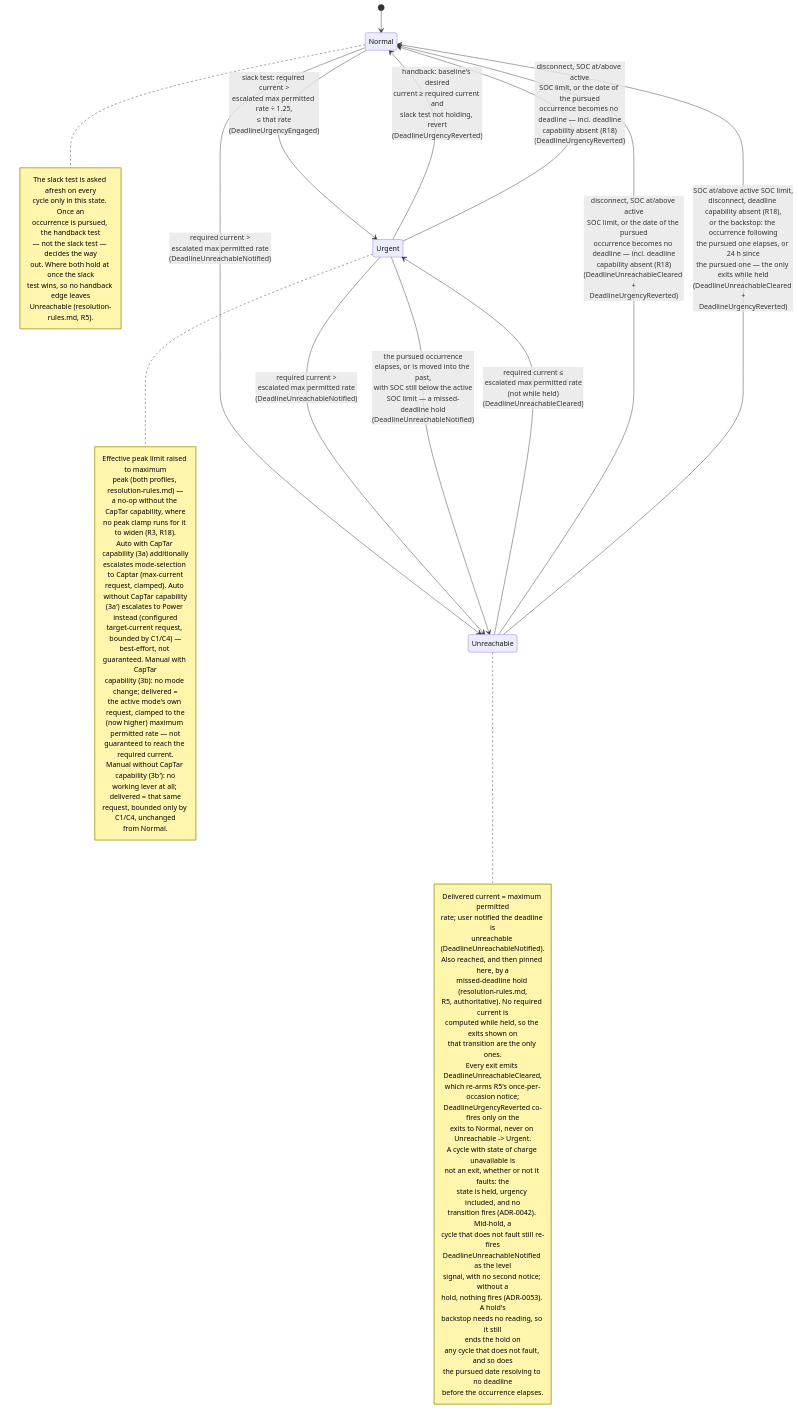
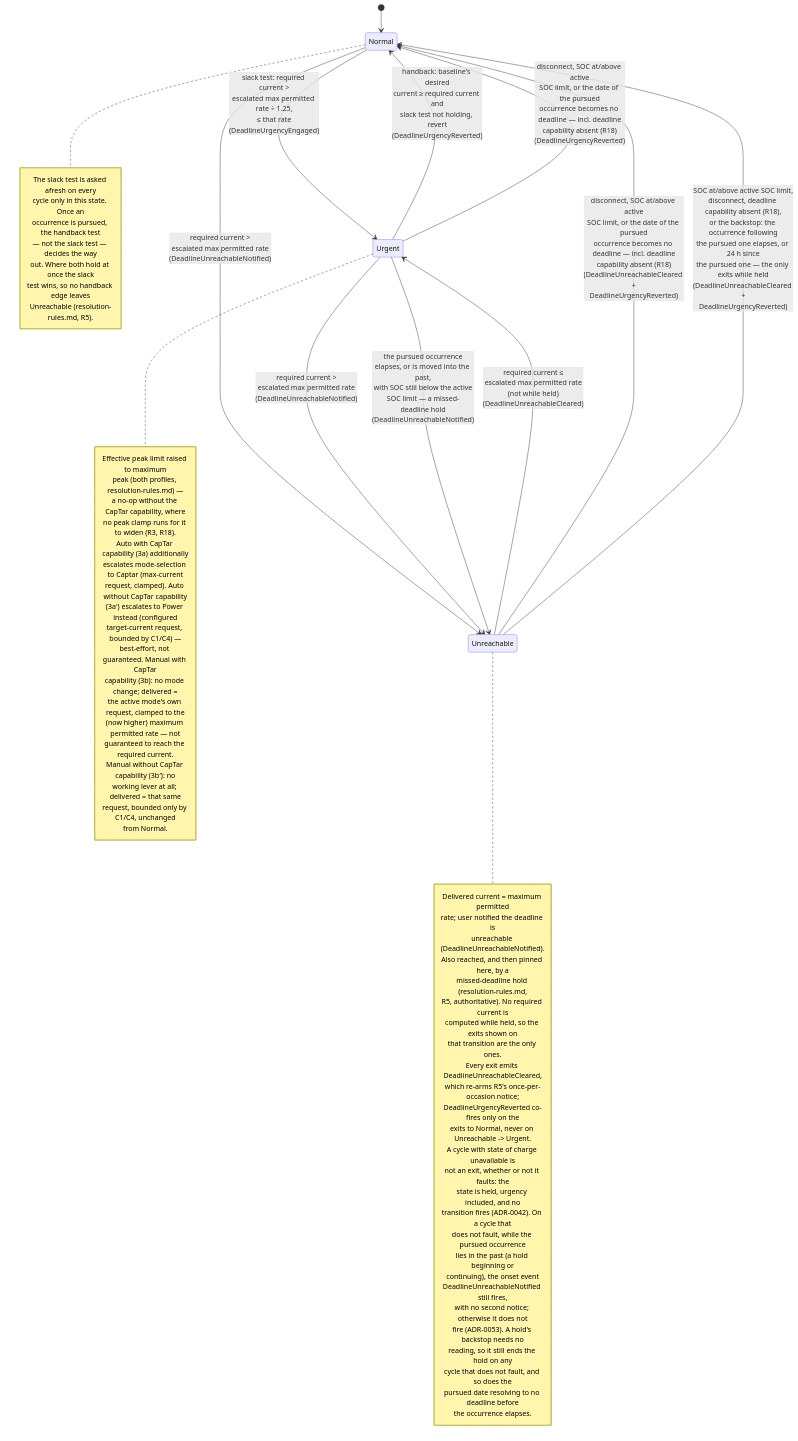
The diagram in docs/analysis/use-cases/UC05-guarantee-ready-by-departure.md (kristofdegrave/homeassistant-smart-charging), drawn with Mermaid before and after one commit. The commit also changed other lines of this file, not shown here.

Commit message:
docs: address review remarks (#1480)
Key the no-reading re-fire to the pursued occurrence lying in the past, as
ADR-0053 does; use the glossary's onset-event wording; re-wrap the note.

````diff
--- a/docs/analysis/use-cases/UC05-guarantee-ready-by-departure.md
+++ b/docs/analysis/use-cases/UC05-guarantee-ready-by-departure.md
@@ -118,69 +118,70 @@
 ```mermaid
 stateDiagram-v2
     [*] --> Normal
     Normal --> Urgent: slack test: required current ><br/>escalated max permitted rate ÷ 1.25,<br/>≤ that rate<br/>(DeadlineUrgencyEngaged)
     Normal --> Unreachable: required current ><br/>escalated max permitted rate<br/>(DeadlineUnreachableNotified)
     Urgent --> Normal: handback: baseline's desired<br/>current ≥ required current and<br/>slack test not holding, revert<br/>(DeadlineUrgencyReverted)
     Urgent --> Unreachable: required current ><br/>escalated max permitted rate<br/>(DeadlineUnreachableNotified)
     Urgent --> Unreachable: the pursued occurrence<br/>elapses, or is moved into the past,<br/>with SOC still below the active<br/>SOC limit — a missed-deadline hold<br/>(DeadlineUnreachableNotified)
     Urgent --> Normal: disconnect, SOC at/above active<br/>SOC limit, or the date of the pursued<br/>occurrence becomes no deadline — incl. deadline<br/>capability absent (R18)<br/>(DeadlineUrgencyReverted)
     Unreachable --> Urgent: required current ≤<br/>escalated max permitted rate<br/>(not while held)<br/>(DeadlineUnreachableCleared)
     Unreachable --> Normal: disconnect, SOC at/above active<br/>SOC limit, or the date of the pursued<br/>occurrence becomes no deadline — incl. deadline<br/>capability absent (R18)<br/>(DeadlineUnreachableCleared +<br/>DeadlineUrgencyReverted)
     Unreachable --> Normal: SOC at/above active SOC limit,<br/>disconnect, deadline capability absent (R18),<br/>or the backstop: the occurrence following<br/>the pursued one elapses, or 24 h since<br/>the pursued one — the only exits while held<br/>(DeadlineUnreachableCleared +<br/>DeadlineUrgencyReverted)
     note right of Normal
         The slack test is asked afresh on every
         cycle only in this state. Once an
         occurrence is pursued, the handback test
         — not the slack test — decides the way
         out. Where both hold at once the slack
         test wins, so no handback edge leaves
         Unreachable (resolution-rules.md, R5).
     end note
     note right of Urgent
         Effective peak limit raised to maximum
         peak (both profiles, resolution-rules.md) —
         a no-op without the CapTar capability, where
         no peak clamp runs for it to widen (R3, R18).
         Auto with CapTar capability (3a) additionally
         escalates mode-selection to Captar (max-current
         request, clamped). Auto without CapTar capability
         (3a′) escalates to Power instead (configured
         target-current request, bounded by C1/C4) —
         best-effort, not guaranteed. Manual with CapTar
         capability (3b): no mode change; delivered =
         the active mode's own request, clamped to the
         (now higher) maximum permitted rate — not
         guaranteed to reach the required current.
         Manual without CapTar capability (3b′): no
         working lever at all; delivered = that same
         request, bounded only by C1/C4, unchanged
         from Normal.
     end note
     note right of Unreachable
         Delivered current = maximum permitted
         rate; user notified the deadline is
         unreachable (DeadlineUnreachableNotified).
         Also reached, and then pinned here, by a
         missed-deadline hold (resolution-rules.md,
         R5, authoritative). No required current is
         computed while held, so the exits shown on
         that transition are the only ones.
         Every exit emits DeadlineUnreachableCleared,
         which re-arms R5's once-per-occasion notice;
         DeadlineUrgencyReverted co-fires only on the
         exits to Normal, never on Unreachable -> Urgent.
         A cycle with state of charge unavailable is
         not an exit, whether or not it faults: the
         state is held, urgency included, and no
-        transition fires (ADR-0042). Mid-hold, a
-        cycle that does not fault still re-fires
-        DeadlineUnreachableNotified as the level
-        signal, with no second notice; without a
-        hold, nothing fires (ADR-0053). A hold's
-        backstop needs no reading, so it still
-        ends the hold on
-        any cycle that does not fault, and so does
-        the pursued date resolving to no deadline
-        before the occurrence elapses.
+        transition fires (ADR-0042). On a cycle that
+        does not fault, while the pursued occurrence
+        lies in the past (a hold beginning or
+        continuing), the onset event
+        DeadlineUnreachableNotified still fires,
+        with no second notice; otherwise it does not
+        fire (ADR-0053). A hold's backstop needs no
+        reading, so it still ends the hold on any
+        cycle that does not fault, and so does the
+        pursued date resolving to no deadline before
+        the occurrence elapses.
     end note
 ```
````
